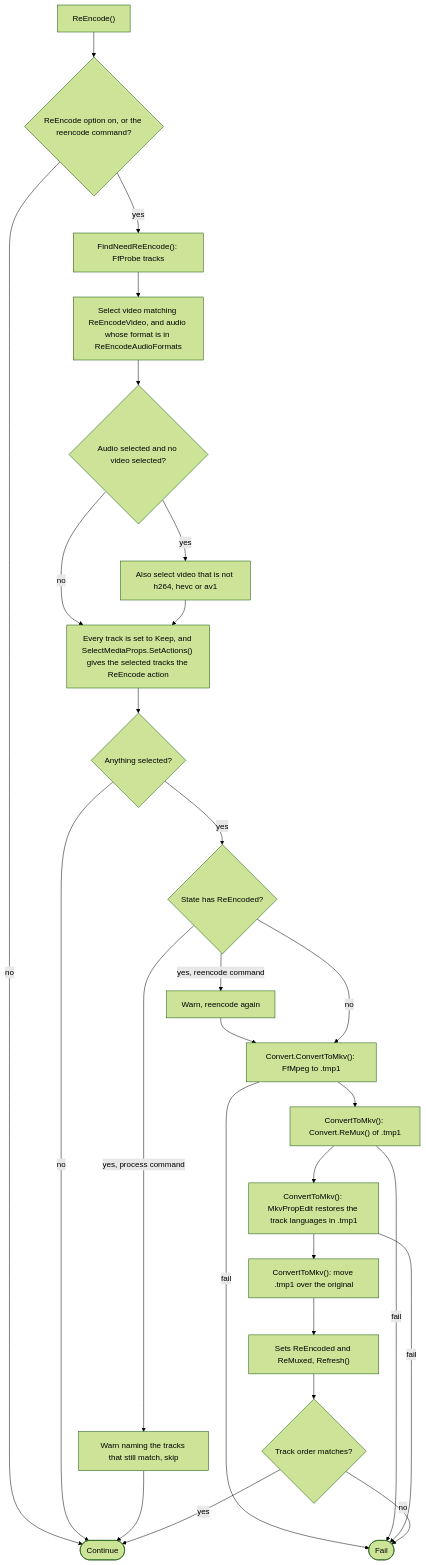
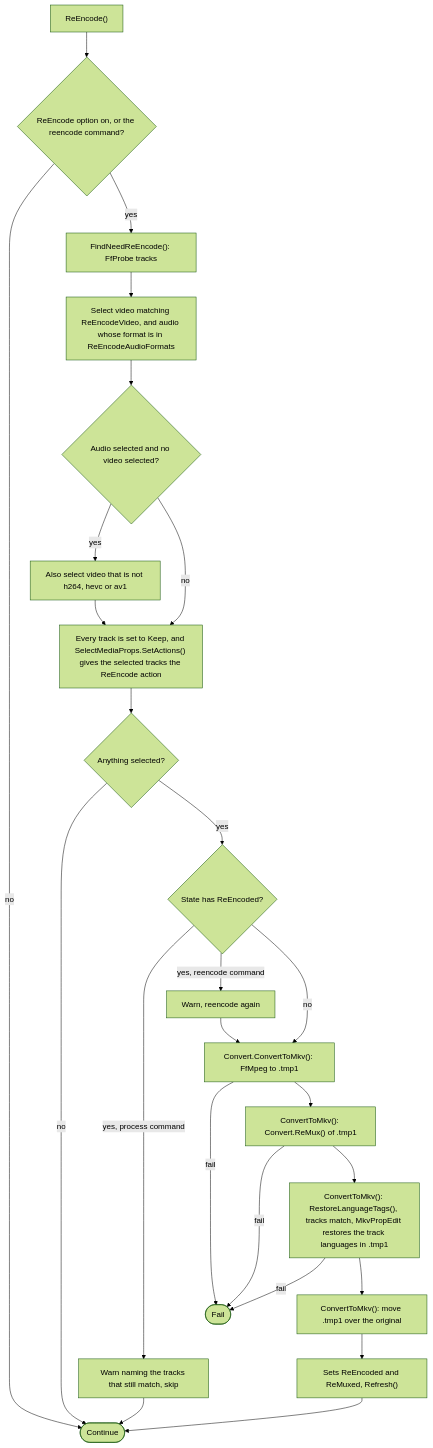
Before and after one commit to ptr727/PlexCleaner: diagram 18 of 20 in ARCHITECTURE.md, drawn with Mermaid (forest theme). The commit also changed other lines of this file and 5 other files, not shown here.

First line of the commit message:
Fail a Rewrite Whose Tracks Do Not Match Before It Replaces the Original

````diff
--- a/ARCHITECTURE.md
+++ b/ARCHITECTURE.md
@@ -728,29 +726,27 @@
 ```mermaid
 flowchart TD
   A0["ReEncode()"] --> A1{"ReEncode option on, or the reencode command?"}
   A1 -->|no| AOK(["Continue"])
   A1 -->|yes| S0["FindNeedReEncode(): FfProbe tracks"]
   S0 --> S1["Select video matching ReEncodeVideo, and audio whose format is in ReEncodeAudioFormats"]
   S1 --> S2{"Audio selected and no video selected?"}
   S2 -->|yes| S3["Also select video that is not h264, hevc or av1"]
   S2 -->|no| SA
   S3 --> SA["Every track is set to Keep, and SelectMediaProps.SetActions() gives the selected tracks the ReEncode action"]
   SA --> S4{"Anything selected?"}
   S4 -->|no| AOK
   S4 -->|yes| S5{"State has ReEncoded?"}
   S5 -->|"yes, process command"| SKIP["Warn naming the tracks that still match, skip"]
   SKIP --> AOK
   S5 -->|"yes, reencode command"| AGAIN["Warn, reencode again"]
   AGAIN --> C1
   S5 -->|no| C1["Convert.ConvertToMkv(): FfMpeg to .tmp1"]
   C1 -->|fail| FAIL(["Fail"])
   C1 --> C2["ConvertToMkv(): Convert.ReMux() of .tmp1"]
   C2 -->|fail| FAIL
-  C2 --> C3["ConvertToMkv(): MkvPropEdit restores the track languages in .tmp1"]
+  C2 --> C3["ConvertToMkv(): RestoreLanguageTags(), tracks match, MkvPropEdit restores the track languages in .tmp1"]
   C3 -->|fail| FAIL
   C3 --> C6["ConvertToMkv(): move .tmp1 over the original"]
   C6 --> C4["Sets ReEncoded and ReMuxed, Refresh()"]
-  C4 --> C5{"Track order matches?"}
-  C5 -->|no| FAIL
-  C5 -->|yes| AOK
+  C4 --> AOK
 ```
````
